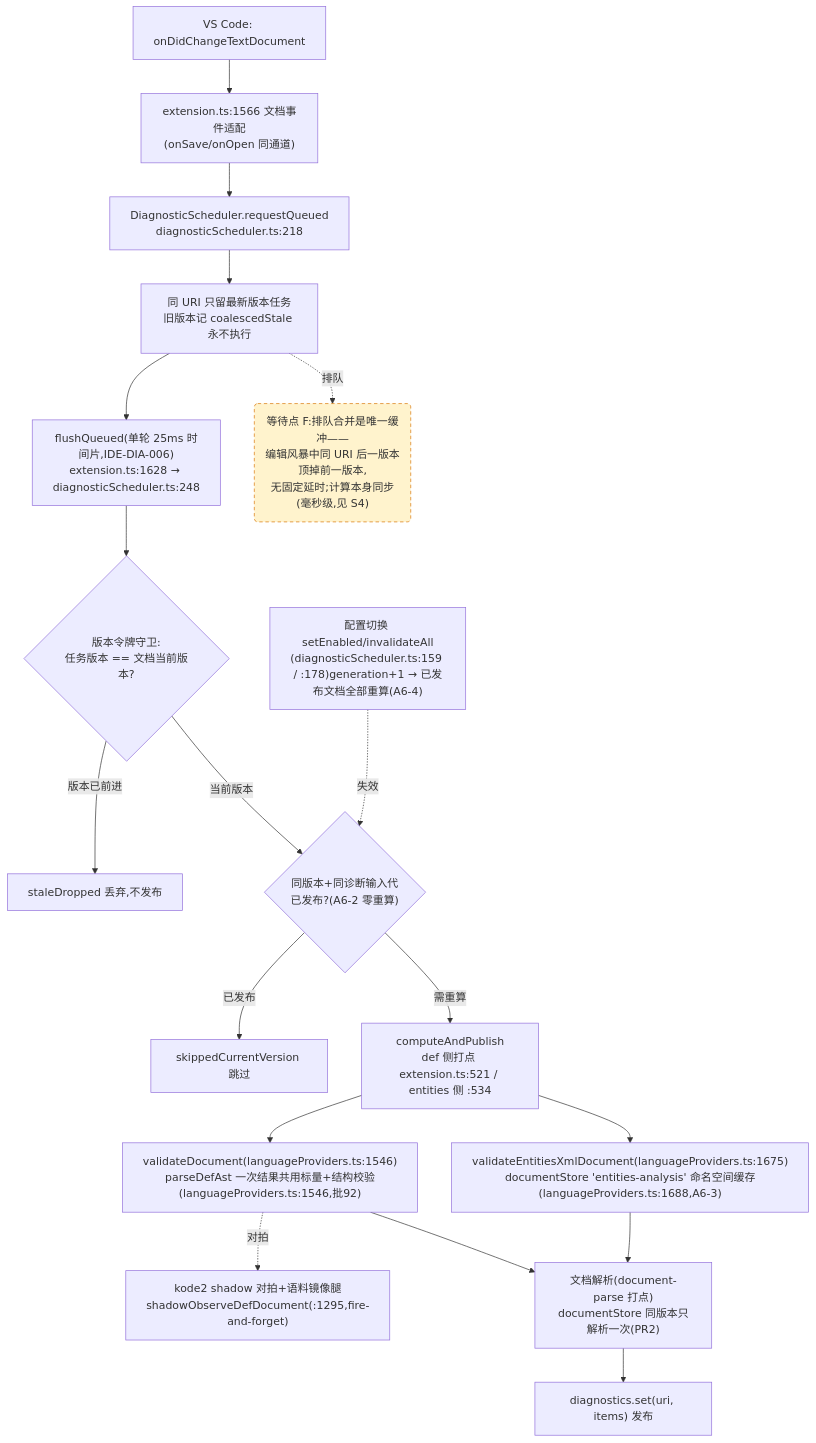
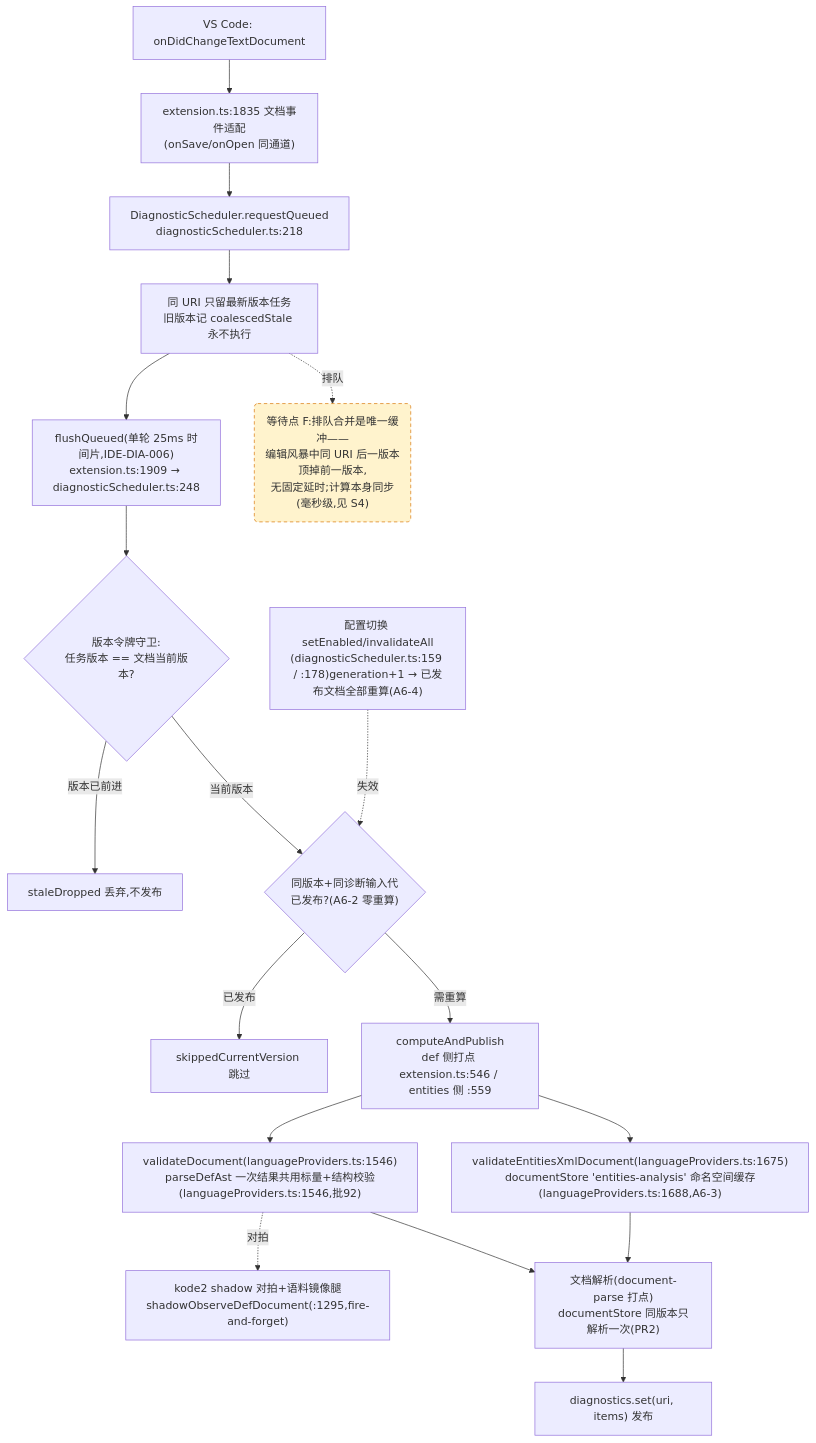
Before and after one commit to cuihairu/kode: the fourth of 4 diagrams in docs/perf/2026-baseline.md, drawn with Mermaid. The commit also changed other lines of this file and 7 other files, not shown here.

````diff
--- a/docs/perf/2026-baseline.md
+++ b/docs/perf/2026-baseline.md
@@ -214,38 +214,38 @@
 ```mermaid
 flowchart TD
   CHG["VS Code: onDidChangeTextDocument"]
-  WATCH["extension.ts:1566 文档事件适配<br/>(onSave/onOpen 同通道)"]
+  WATCH["extension.ts:1835 文档事件适配<br/>(onSave/onOpen 同通道)"]
   RQ["DiagnosticScheduler.requestQueued<br/>diagnosticScheduler.ts:218"]
   CO["同 URI 只留最新版本任务<br/>旧版本记 coalescedStale 永不执行"]
-  FL["flushQueued(单轮 25ms 时间片,IDE-DIA-006)<br/>extension.ts:1628 → diagnosticScheduler.ts:248"]
+  FL["flushQueued(单轮 25ms 时间片,IDE-DIA-006)<br/>extension.ts:1909 → diagnosticScheduler.ts:248"]
   VG{"版本令牌守卫:<br/>任务版本 == 文档当前版本?"}
   DROP["staleDropped 丢弃,不发布"]
   GEN{"同版本+同诊断输入代<br/>已发布?(A6-2 零重算)"}
   SKIP["skippedCurrentVersion 跳过"]
-  CALC["computeAndPublish<br/>def 侧打点 extension.ts:521 / entities 侧 :534"]
+  CALC["computeAndPublish<br/>def 侧打点 extension.ts:546 / entities 侧 :559"]
   VD["validateDocument(languageProviders.ts:1546)<br/>parseDefAst 一次结果共用标量+结构校验(languageProviders.ts:1546,批92)"]
   VEX["validateEntitiesXmlDocument(languageProviders.ts:1675)<br/>documentStore 'entities-analysis' 命名空间缓存(languageProviders.ts:1688,A6-3)"]
   SHDD["kode2 shadow 对拍+语料镜像腿<br/>shadowObserveDefDocument(:1295,fire-and-forget)"]
   DS["文档解析(document-parse 打点)<br/>documentStore 同版本只解析一次(PR2)"]
   PUB["diagnostics.set(uri, items) 发布"]
   CFG2["配置切换 setEnabled/invalidateAll<br/>(diagnosticScheduler.ts:159 / :178)generation+1 → 已发布文档全部重算(A6-4)"]
 
   CHG --> WATCH --> RQ --> CO --> FL --> VG
   VG -- "版本已前进" --> DROP
   VG -- "当前版本" --> GEN
   GEN -- "已发布" --> SKIP
   GEN -- "需重算" --> CALC
   CALC --> VD
   CALC --> VEX
   VD --> DS
   VEX --> DS
   DS --> PUB
   VD -.->|对拍| SHDD
   CFG2 -.->|失效| GEN
 
   WAITF("等待点 F:排队合并是唯一缓冲——<br/>编辑风暴中同 URI 后一版本顶掉前一版本,<br/>无固定延时;计算本身同步(毫秒级,见 S4)")
   CO -.->|排队| WAITF
 
   classDef waitPoint fill:#fff3cd,stroke:#d97706,stroke-dasharray:5 4;
   class WAITF waitPoint;
 ```
````
